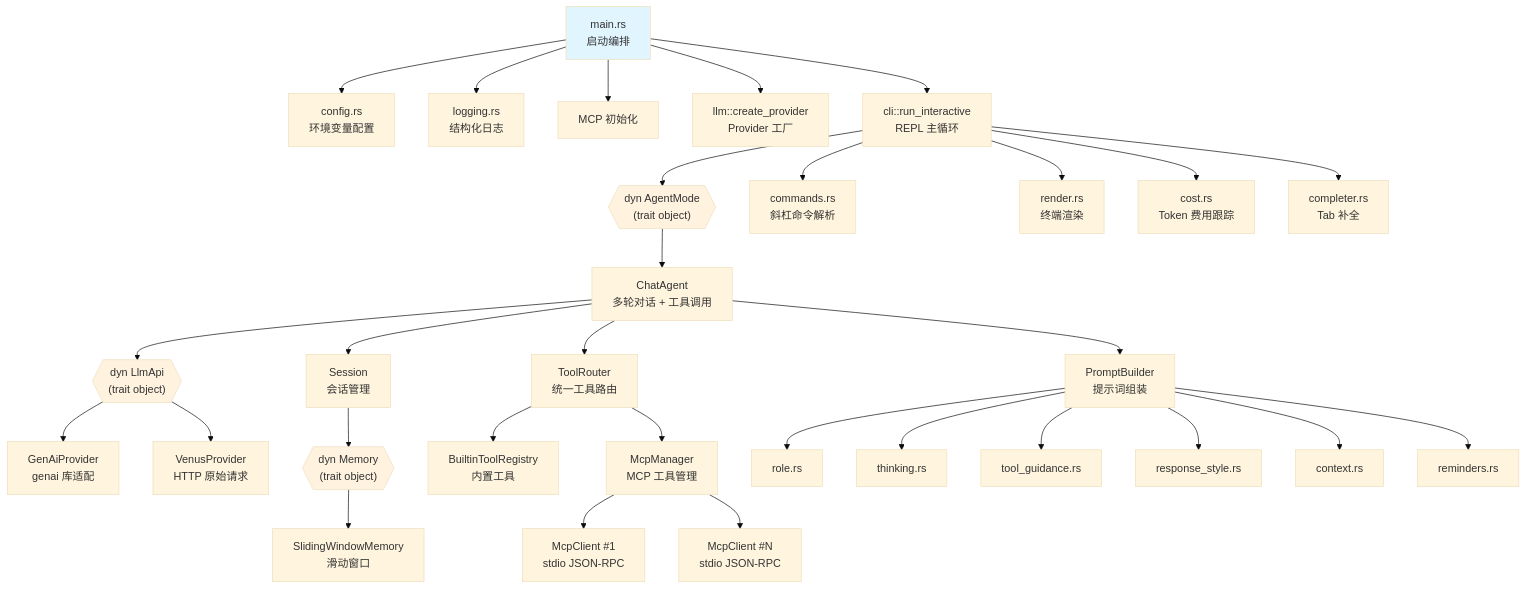
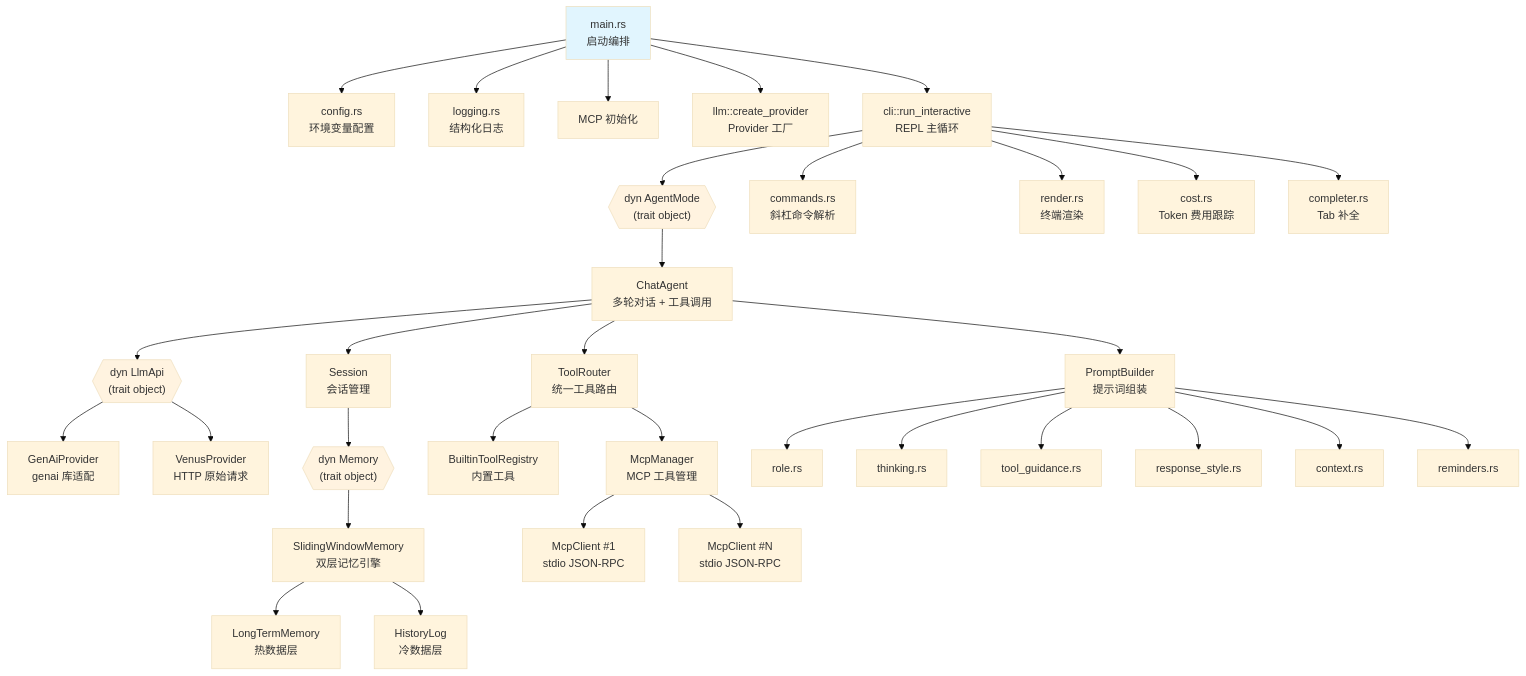
The diagram in ARCHITECTURE.md (darkinsky/daedalus), drawn with Mermaid (base theme) before and after one commit. The commit also changed other lines of this file and 15 other files, not shown here.

````diff
--- a/ARCHITECTURE.md
+++ b/ARCHITECTURE.md
@@ -9,44 +9,46 @@
 ```mermaid
 graph TD
     Main[main.rs<br/>启动编排] --> Config[config.rs<br/>环境变量配置]
     Main --> Logging[logging.rs<br/>结构化日志]
     Main --> McpInit[MCP 初始化]
     Main --> LlmFactory[llm::create_provider<br/>Provider 工厂]
     Main --> CLI[cli::run_interactive<br/>REPL 主循环]
 
     CLI --> AgentMode{{"dyn AgentMode<br/>(trait object)"}}
     CLI --> Commands[commands.rs<br/>斜杠命令解析]
     CLI --> Render[render.rs<br/>终端渲染]
     CLI --> Cost[cost.rs<br/>Token 费用跟踪]
     CLI --> Completer[completer.rs<br/>Tab 补全]
 
     AgentMode --> ChatAgent[ChatAgent<br/>多轮对话 + 工具调用]
     ChatAgent --> LlmApi{{"dyn LlmApi<br/>(trait object)"}}
     ChatAgent --> Session[Session<br/>会话管理]
     ChatAgent --> ToolRouter[ToolRouter<br/>统一工具路由]
     ChatAgent --> PromptBuilder[PromptBuilder<br/>提示词组装]
 
     ToolRouter --> BuiltinTools[BuiltinToolRegistry<br/>内置工具]
     ToolRouter --> McpManager[McpManager<br/>MCP 工具管理]
 
     LlmApi --> GenAi[GenAiProvider<br/>genai 库适配]
     LlmApi --> Venus[VenusProvider<br/>HTTP 原始请求]
 
     Session --> Memory{{"dyn Memory<br/>(trait object)"}}
-    Memory --> SlidingWindow[SlidingWindowMemory<br/>滑动窗口]
+    Memory --> SlidingWindow[SlidingWindowMemory<br/>双层记忆引擎]
+    SlidingWindow --> LTM[LongTermMemory<br/>热数据层]
+    SlidingWindow --> HistoryLog[HistoryLog<br/>冷数据层]
 
     McpManager --> McpClient1[McpClient #1<br/>stdio JSON-RPC]
     McpManager --> McpClient2[McpClient #N<br/>stdio JSON-RPC]
 
     PromptBuilder --> RoleSection[role.rs]
     PromptBuilder --> ThinkingSection[thinking.rs]
     PromptBuilder --> ToolSection[tool_guidance.rs]
     PromptBuilder --> StyleSection[response_style.rs]
     PromptBuilder --> ContextSection[context.rs]
     PromptBuilder --> RemindersSection[reminders.rs]
 
     style Main fill:#e1f5fe
     style AgentMode fill:#fff3e0
     style LlmApi fill:#fff3e0
     style Memory fill:#fff3e0
 ```
````
